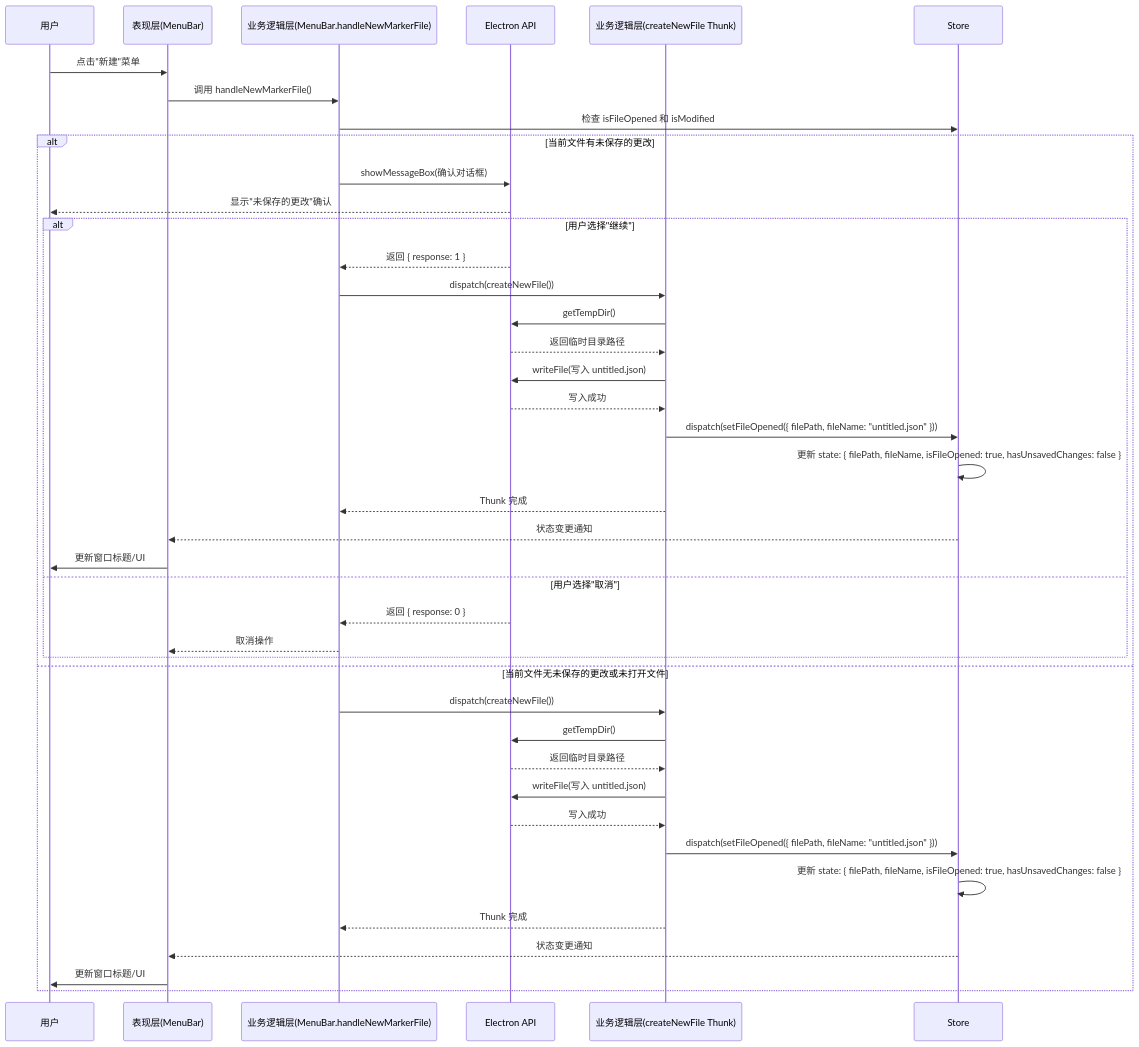
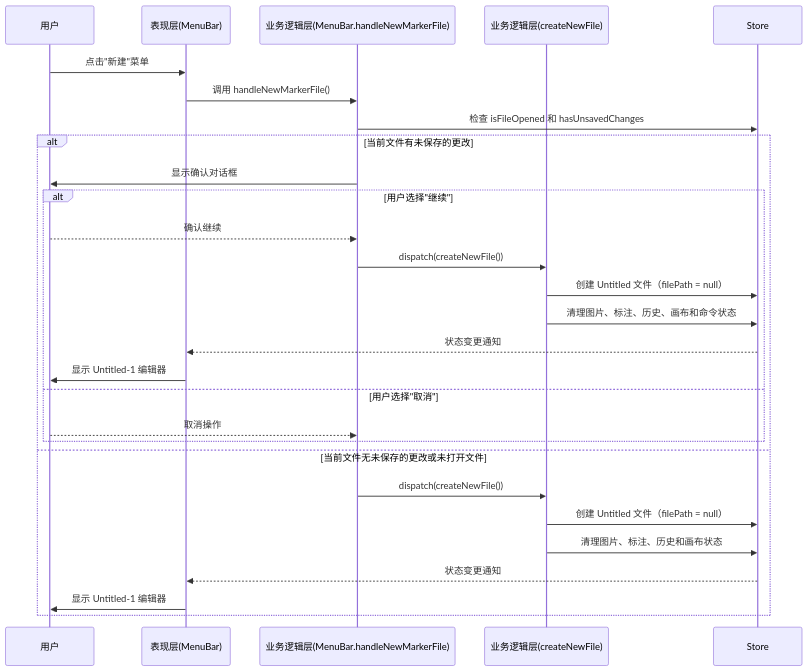
One commit to kampfer/trae-image-marker changed the first of 4 diagrams in doc/技术设计/04-业务逻辑层.md. Above: the diagram before and after it, drawn with Mermaid. The commit also changed other lines of this file and 9 other files, not shown here.

````diff
--- a/doc/技术设计/04-业务逻辑层.md
+++ b/doc/技术设计/04-业务逻辑层.md
@@ -283,44 +286,31 @@
 ```mermaid
 sequenceDiagram
     participant U as 用户
     participant UI as 表现层(MenuBar)
     participant CL as 业务逻辑层(MenuBar.handleNewMarkerFile)
-    participant EP as Electron API
-    participant NF as 业务逻辑层(createNewFile Thunk)
+    participant NF as 业务逻辑层(createNewFile)
     participant SL as Store
 
     U->>UI: 点击"新建"菜单
     UI->>CL: 调用 handleNewMarkerFile()
-    CL->>SL: 检查 isFileOpened 和 isModified
+    CL->>SL: 检查 isFileOpened 和 hasUnsavedChanges
     alt 当前文件有未保存的更改
-        CL->>EP: showMessageBox(确认对话框)
-        EP-->>U: 显示"未保存的更改"确认
+        CL->>U: 显示确认对话框
         alt 用户选择"继续"
-            EP-->>CL: 返回 { response: 1 }
+            U-->>CL: 确认继续
             CL->>NF: dispatch(createNewFile())
-            NF->>EP: getTempDir()
-            EP-->>NF: 返回临时目录路径
-            NF->>EP: writeFile(写入 untitled.json)
-            EP-->>NF: 写入成功
-            NF->>SL: dispatch(setFileOpened({ filePath, fileName: "untitled.json" }))
-            SL->>SL: 更新 state: { filePath, fileName, isFileOpened: true, hasUnsavedChanges: false }
-            NF-->>CL: Thunk 完成
+            NF->>SL: 创建 Untitled 文件（filePath = null）
+            NF->>SL: 清理图片、标注、历史、画布和命令状态
             SL-->>UI: 状态变更通知
-            UI->>U: 更新窗口标题/UI
+            UI->>U: 显示 Untitled-1 编辑器
         else 用户选择"取消"
-            EP-->>CL: 返回 { response: 0 }
-            CL-->>UI: 取消操作
+            U-->>CL: 取消操作
         end
     else 当前文件无未保存的更改或未打开文件
         CL->>NF: dispatch(createNewFile())
-        NF->>EP: getTempDir()
-        EP-->>NF: 返回临时目录路径
-        NF->>EP: writeFile(写入 untitled.json)
-        EP-->>NF: 写入成功
-        NF->>SL: dispatch(setFileOpened({ filePath, fileName: "untitled.json" }))
-        SL->>SL: 更新 state: { filePath, fileName, isFileOpened: true, hasUnsavedChanges: false }
-        NF-->>CL: Thunk 完成
+        NF->>SL: 创建 Untitled 文件（filePath = null）
+        NF->>SL: 清理图片、标注、历史和画布状态
         SL-->>UI: 状态变更通知
-        UI->>U: 更新窗口标题/UI
+        UI->>U: 显示 Untitled-1 编辑器
     end
 ```
````
